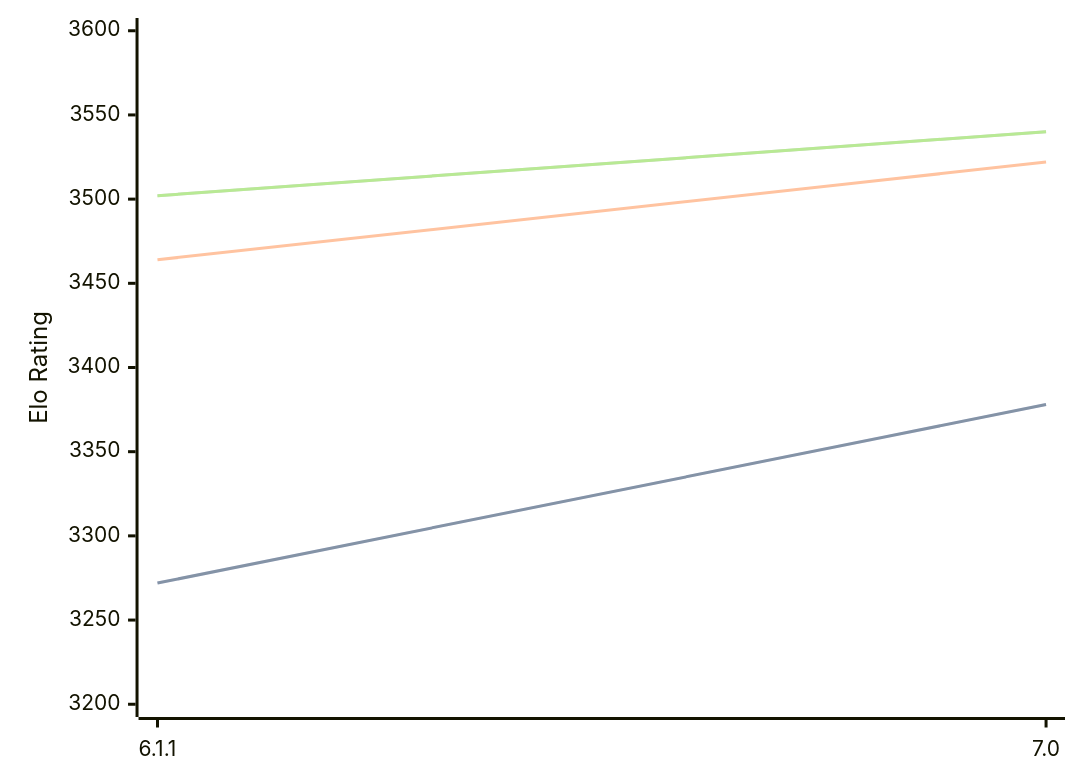
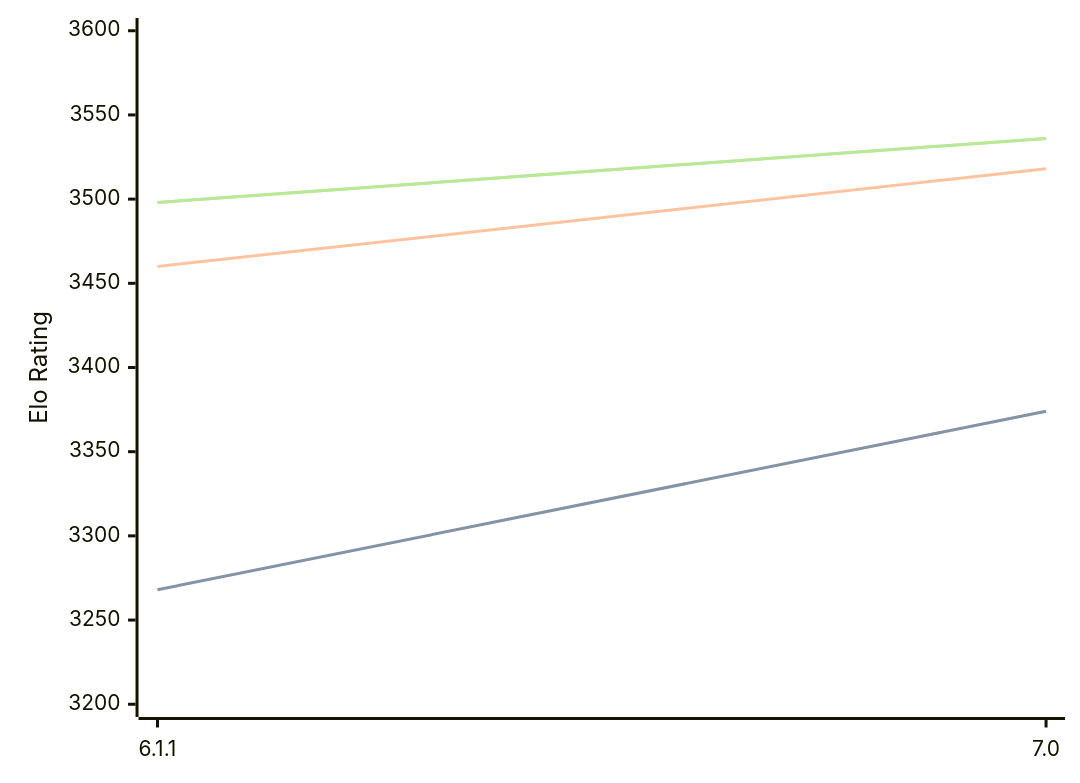
One commit to computer-chess-index/cci changed the first of 3 diagrams in engines/Astra.md. Above: the diagram before and after it, drawn with Mermaid. The commit also changed other lines of this file, not shown here.

Commit message:
Update CCI Ratings (ELO VLTC) - 2026-07-16

````diff
--- a/engines/Astra.md
+++ b/engines/Astra.md
@@ -44,11 +44,11 @@
 ```mermaid
 %%{init: {"theme":"base","themeVariables":{"seriesColors:['#a3a3a3','#222221','#faa371']}}}%%
 xychart-beta
   x-axis ["6.1.1", "7.0"]
   y-axis "Elo Rating" 3200 --> 3600
-  line "STC (8.0+0.08s)" [3272, 3378]
-  line "STC (8.0+0.08s)" [3272, 3378]
-  line "LTC (60.0+0.60s)" [3464, 3522]
-  line "VLTC (2m24s+1.12s)" [3502, 3540]
-  line "VLTC (2m24s+1.12s)" [3502, 3540]
+  line "STC (8.0+0.08s)" [3268, 3374]
+  line "STC (8.0+0.08s)" [3268, 3374]
+  line "LTC (60.0+0.60s)" [3460, 3518]
+  line "VLTC (2m24s+1.12s)" [3498, 3536]
+  line "VLTC (2m24s+1.12s)" [3498, 3536]
 ```
````
